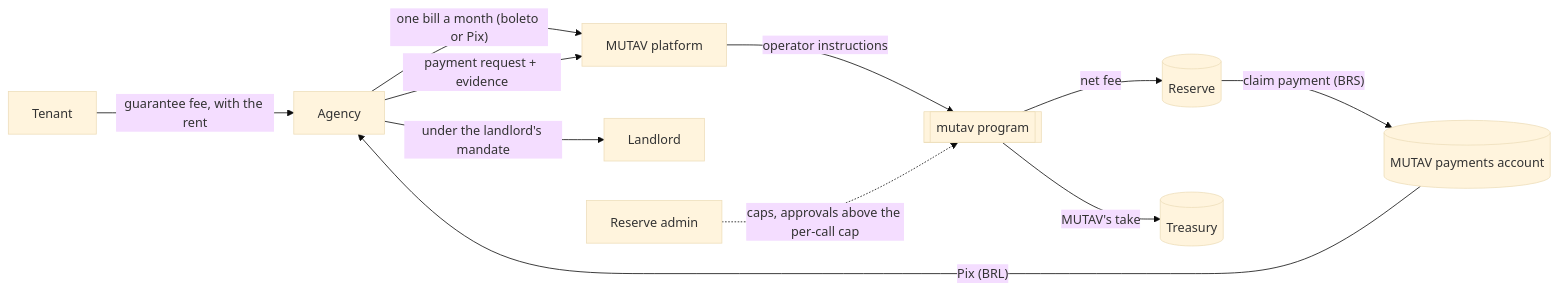
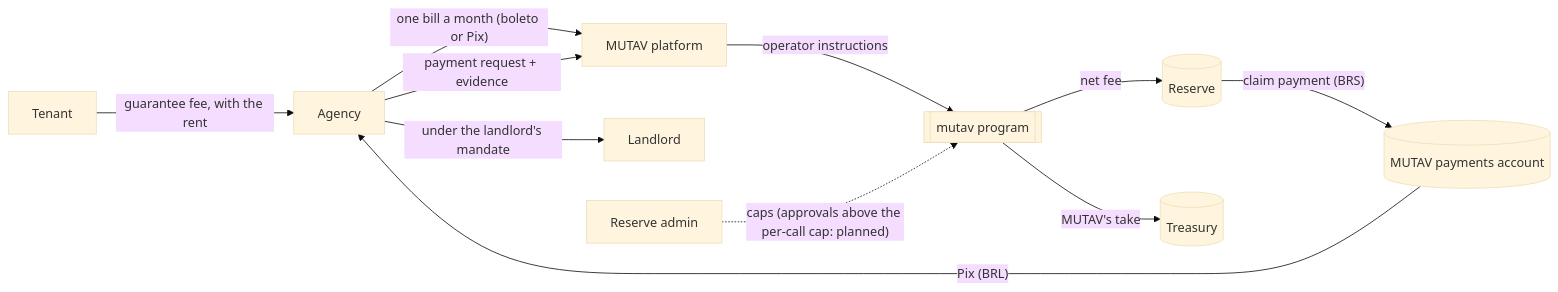
The diagram in docs/for-agencies/README.md (mutav-finance/mutav-protocol-solana), drawn with Mermaid (base theme) before and after one commit. The commit also changed other lines of this file and 13 other files, not shown here.

````diff
--- a/docs/for-agencies/README.md
+++ b/docs/for-agencies/README.md
@@ -36,13 +36,13 @@
 ```mermaid
 flowchart LR
   T[Tenant] -- "guarantee fee, with the rent" --> A[Agency]
   A -- "one bill a month (boleto or Pix)" --> M[MUTAV platform]
   A -- "payment request + evidence" --> M
   M -- "operator instructions" --> P[[mutav program]]
   P -- "net fee" --> R[(Reserve)]
   P -- "MUTAV's take" --> TR[(Treasury)]
   R -- "claim payment (BRS)" --> PA[(MUTAV payments account)]
   PA -- "Pix (BRL)" --> A
   A -- "under the landlord's mandate" --> L[Landlord]
-  AD[Reserve admin] -. "caps, approvals above the per-call cap" .-> P
+  AD[Reserve admin] -. "caps (approvals above the per-call cap: planned)" .-> P
 ```
````
